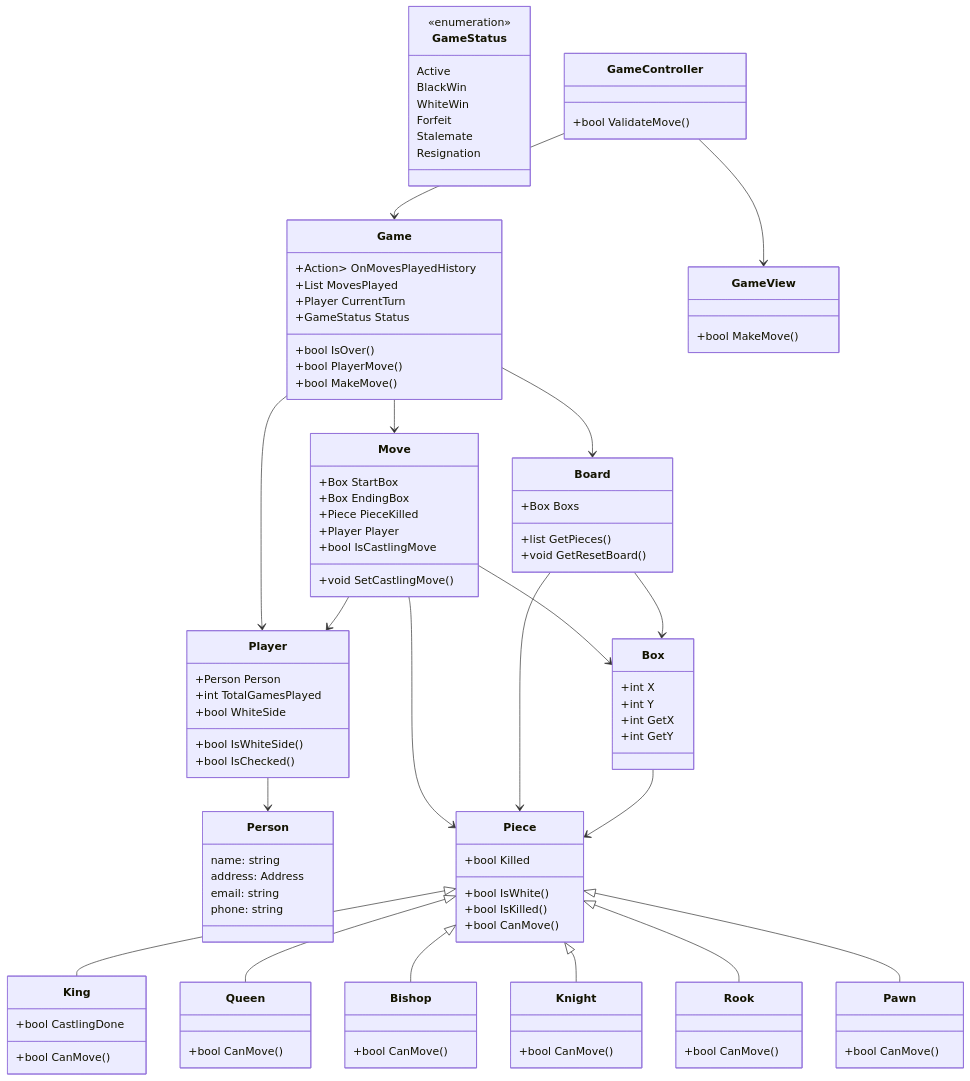
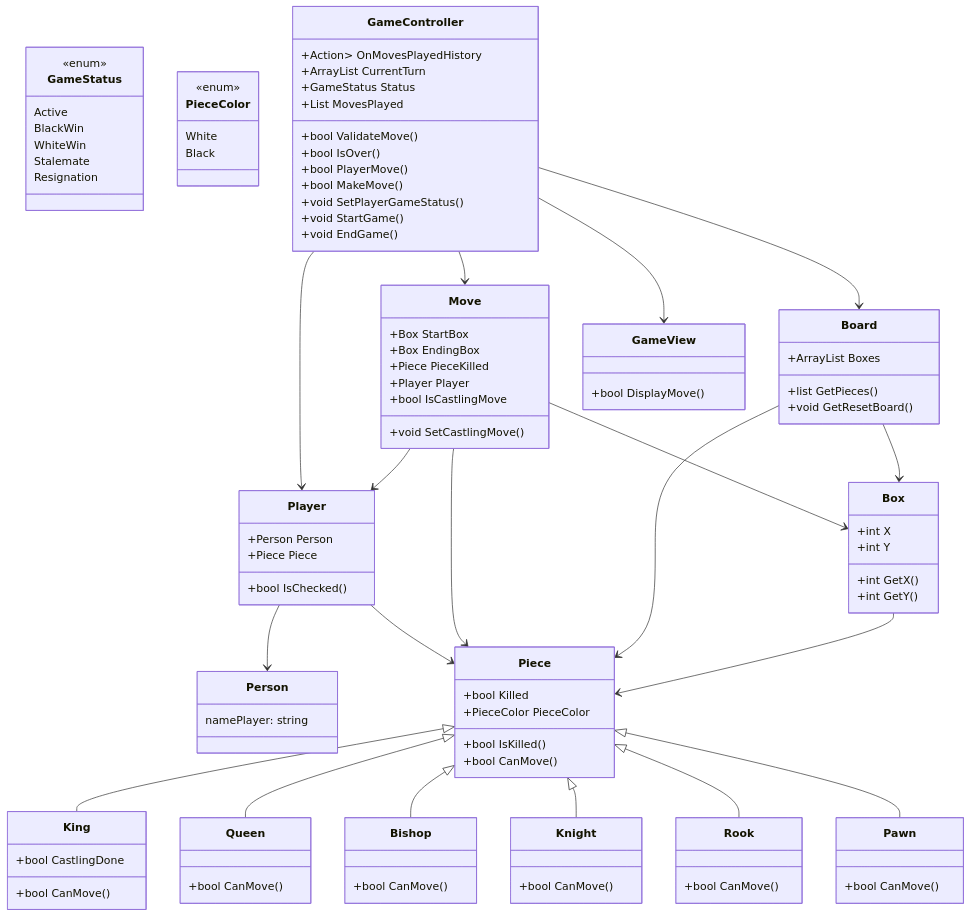
The diagram in Day8/ChessClassDiagram.md (haddinz/bootcamp-csharp), drawn with Mermaid before and after one commit. The commit also changed 9 other files, not shown here.

````diff
--- a/Day8/ChessClassDiagram.md
+++ b/Day8/ChessClassDiagram.md
@@ -1,133 +1,133 @@
 ```mermaid
-classDiagram
 
-    class Person {
-        name: string
-        address: Address
-        email: string
-        phone: string
-    }
+    classDiagram
 
-    class GameStatus {
-        <<enumeration>>
-        Active
-        BlackWin
-        WhiteWin
-        Forfeit
-        Stalemate
-        Resignation
-    }
+        class Person {
+            namePlayer: string
+        }
 
-    class Move {
-        +Box StartBox
-        +Box EndingBox
-        +Piece PieceKilled
-        +Player Player
-        +bool IsCastlingMove
+        class GameStatus {
+            <<enum>>
+            Active
+            BlackWin
+            WhiteWin
+            Stalemate
+            Resignation
+        }
 
-        +void SetCastlingMove()
-    }
+        class PieceColor {
+            <<enum>>
+            White
+            Black
+        }
 
-    class Box {
-        +int X 
-        +int Y
+        class Move {
+            +Box StartBox
+            +Box EndingBox
+            +Piece PieceKilled
+            +Player Player
+            +bool IsCastlingMove
 
-        +int GetX
-        +int GetY
-    }
+            +void SetCastlingMove()
+        }
 
-    class Board {
-        +Box Boxs
+        class Box {
+            +int X 
+            +int Y
 
-        +list<Piece> GetPieces()
-        +void GetResetBoard()
-    }
+            +int GetX()
+            +int GetY()
+        }
 
-    class Piece {
-        +bool Killed
+        class Board {
+            +ArrayList<Box> Boxes
 
-        +bool IsWhite()
-        +bool IsKilled()
-        +bool CanMove()
-    }
+            +list<Piece> GetPieces()
+            +void GetResetBoard()
+        }
 
-    class King {
-        +bool CastlingDone
+        class Piece {
+            +bool Killed
+            +PieceColor PieceColor
 
-        +bool CanMove()
-    }
+            +bool IsKilled()
+            +bool CanMove()
+        }
 
-    class Queen {
-        +bool CanMove()
-    }
+        class King {
+            +bool CastlingDone
 
-    class Bishop {
-        +bool CanMove()
-    }
+            +bool CanMove()
+        }
 
-    class Knight {
-        +bool CanMove()
-    }
-    
-    class Rook {
-        +bool CanMove()
-    }
+        class Queen {
+            +bool CanMove()
+        }
 
-    class Pawn {
-        +bool CanMove()
-    }
+        class Bishop {
+            +bool CanMove()
+        }
 
+        class Knight {
+            +bool CanMove()
+        }
+        
+        class Rook {
+            +bool CanMove()
+        }
 
-    class Game {
-        +Action<List<Move>> OnMovesPlayedHistory
-        +List<Move> MovesPlayed
-        +Player CurrentTurn
-        +GameStatus Status
+        class Pawn {
+            +bool CanMove()
+        }
 
-        +bool IsOver()
-        +bool PlayerMove()
-        +bool MakeMove()
-    }
+        class Player {
+            +Person Person
+            +Piece Piece
 
-    class Player {
-        +Person Person
-        +int TotalGamesPlayed
-        +bool WhiteSide
+            +bool IsChecked()
+        }
 
-        +bool IsWhiteSide()
-        +bool IsChecked()
-    }
+        class GameController {
+            +Action<List<Move>> OnMovesPlayedHistory
+            +ArrayList<Player> CurrentTurn
+            +GameStatus Status
+            +List<Move> MovesPlayed
 
-    class GameController {
-        +bool ValidateMove()
-    }
+            +bool ValidateMove()
+            +bool IsOver()
+            +bool PlayerMove()
+            +bool MakeMove()
+            +void SetPlayerGameStatus()
+            +void StartGame()
+            +void EndGame()
+        }
 
-    class GameView {
-        +bool MakeMove()
-    }
+        class GameView {
 
-    GameController --> Game
-    GameController --> GameView
+            +bool DisplayMove()
+        }
 
-    Player --> Person
+        GameController --> Player
+        GameController --> GameView
+        GameController --> Board
+        GameController --> Move
 
-    Game --> Board
-    Game --> Move
-    Game --> Player
+        Player --> Person
+        Player --> Piece
 
-    Move --> Box
-    Move --> Piece
-    Move --> Player
+        Move --> Box
+        Move --> Piece
+        Move --> Player
 
-    Board --> Box
-    Board --> Piece
-    Box --> Piece
+        Board --> Box
+        Board --> Piece
+        Box --> Piece
 
-    Piece <|-- King
-    Piece <|-- Queen
-    Piece <|-- Bishop
-    Piece <|-- Knight
-    Piece <|-- Rook
-    Piece <|-- Pawn
-    
+        Piece <|-- King
+        Piece <|-- Queen
+        Piece <|-- Bishop
+        Piece <|-- Knight
+        Piece <|-- Rook
+        Piece <|-- Pawn
+
 ```
````
